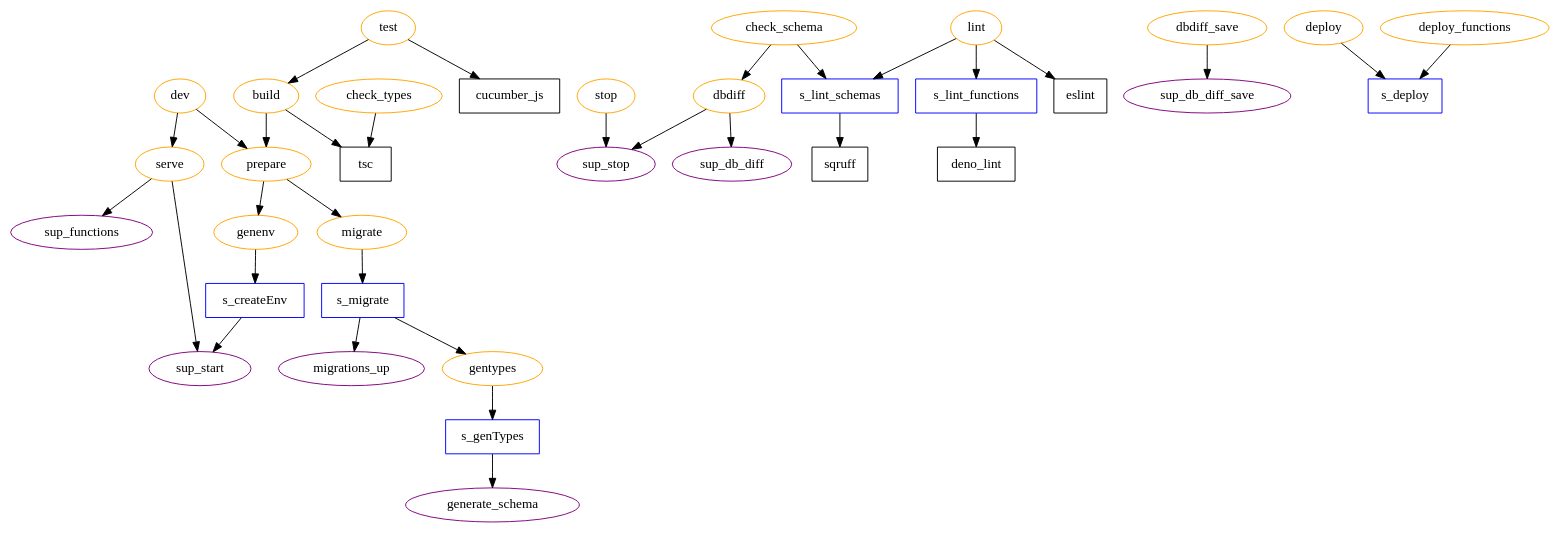
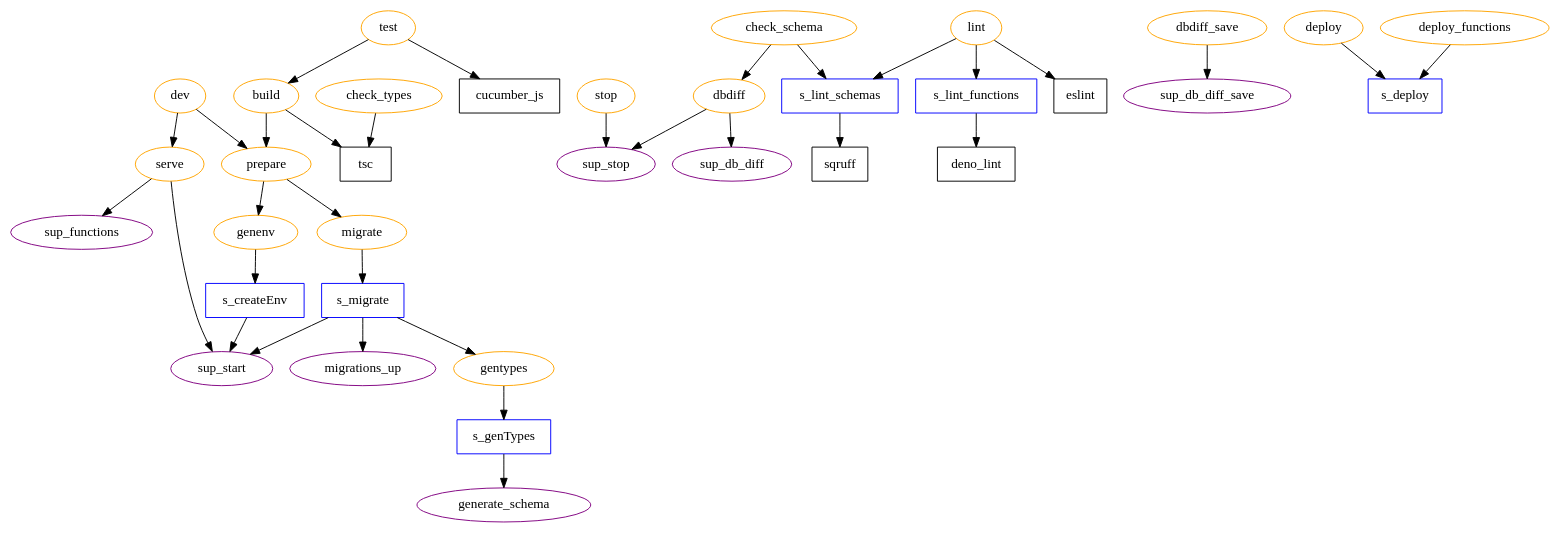
Before and after one commit to DiscourseGraphs/discourse-graph: the diagram in packages/database/doc/tasks.dot, drawn with Graphviz. The commit also changed 1 other file, not shown here.

Commit message:
do not migrate in production

```diff
--- a/packages/database/doc/tasks.dot
+++ b/packages/database/doc/tasks.dot
@@ -1,84 +1,84 @@
 DiGraph G {
 
 /* package-level tasks */
 
 node [color=orange]
 
 dev
 prepare
 serve
 stop
 check_types
 check_schema
 lint
 build
 test
 genenv
 dbdiff
 dbdiff_save
 deploy
 deploy_functions
 migrate
 gentypes
 
 /* supabase functions */
 node [color=purple]
 
 sup_db_diff_save
 sup_db_diff
 sup_functions
 sup_start
 sup_stop
 migrations_up
 generate_schema
 
 
 
 /* scripts */
 node [color=blue; shape=rectangle]
 
 s_createEnv
 s_genTypes
 s_migrate
 s_lint_schemas
 s_lint_functions
 s_deploy
 
 /* Other scripts */
 node [color=black]
 sqruff
 deno_lint
 tsc
 cucumber_js
 
 /* links */
 
     migrate -> s_migrate -> gentypes -> s_genTypes
     s_migrate -> migrations_up
     dev -> prepare
     dev -> serve
     prepare -> genenv
     prepare -> migrate
     serve -> sup_start
     serve -> sup_functions
     s_createEnv -> sup_start
     stop -> sup_stop
     check_types -> tsc
     check_schema -> s_lint_schemas
     check_schema -> dbdiff
     lint -> eslint
     lint -> s_lint_functions -> deno_lint
     lint -> s_lint_schemas -> sqruff
     test -> build
     test -> cucumber_js
     genenv -> s_createEnv
     dbdiff -> sup_stop
     dbdiff -> sup_db_diff
     dbdiff_save -> sup_db_diff_save
     deploy -> s_deploy
     deploy_functions -> s_deploy
     build -> prepare
     build -> tsc
     s_genTypes -> generate_schema
-
+    s_migrate -> sup_start
 }
```
